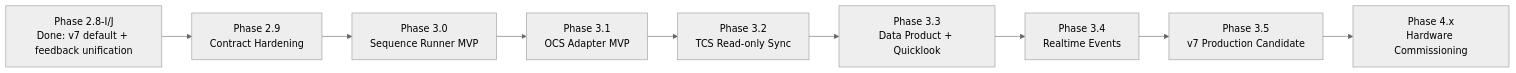
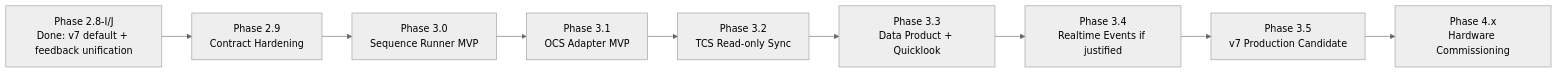
One commit to UmutMahmut/just-longslit-ics2 changed the third of 4 diagrams in docs/ics2_software_development_strategy.md. Above: the diagram before and after it, drawn with Mermaid (neutral theme). The commit also changed other lines of this file and 3 other files, not shown here.

````diff
--- a/docs/ics2_software_development_strategy.md
+++ b/docs/ics2_software_development_strategy.md
@@ -805,14 +825,14 @@
 ```mermaid
 flowchart LR
     A["Phase 2.8-I/J<br/>Done: v7 default + feedback unification"]
     B["Phase 2.9<br/>Contract Hardening"]
     C["Phase 3.0<br/>Sequence Runner MVP"]
     D["Phase 3.1<br/>OCS Adapter MVP"]
     E["Phase 3.2<br/>TCS Read-only Sync"]
     F["Phase 3.3<br/>Data Product + Quicklook"]
-    G["Phase 3.4<br/>Realtime Events"]
+    G["Phase 3.4<br/>Realtime Events if justified"]
     H["Phase 3.5<br/>v7 Production Candidate"]
     I["Phase 4.x<br/>Hardware Commissioning"]
 
     A --> B --> C --> D --> E --> F --> G --> H --> I
 ```
````
